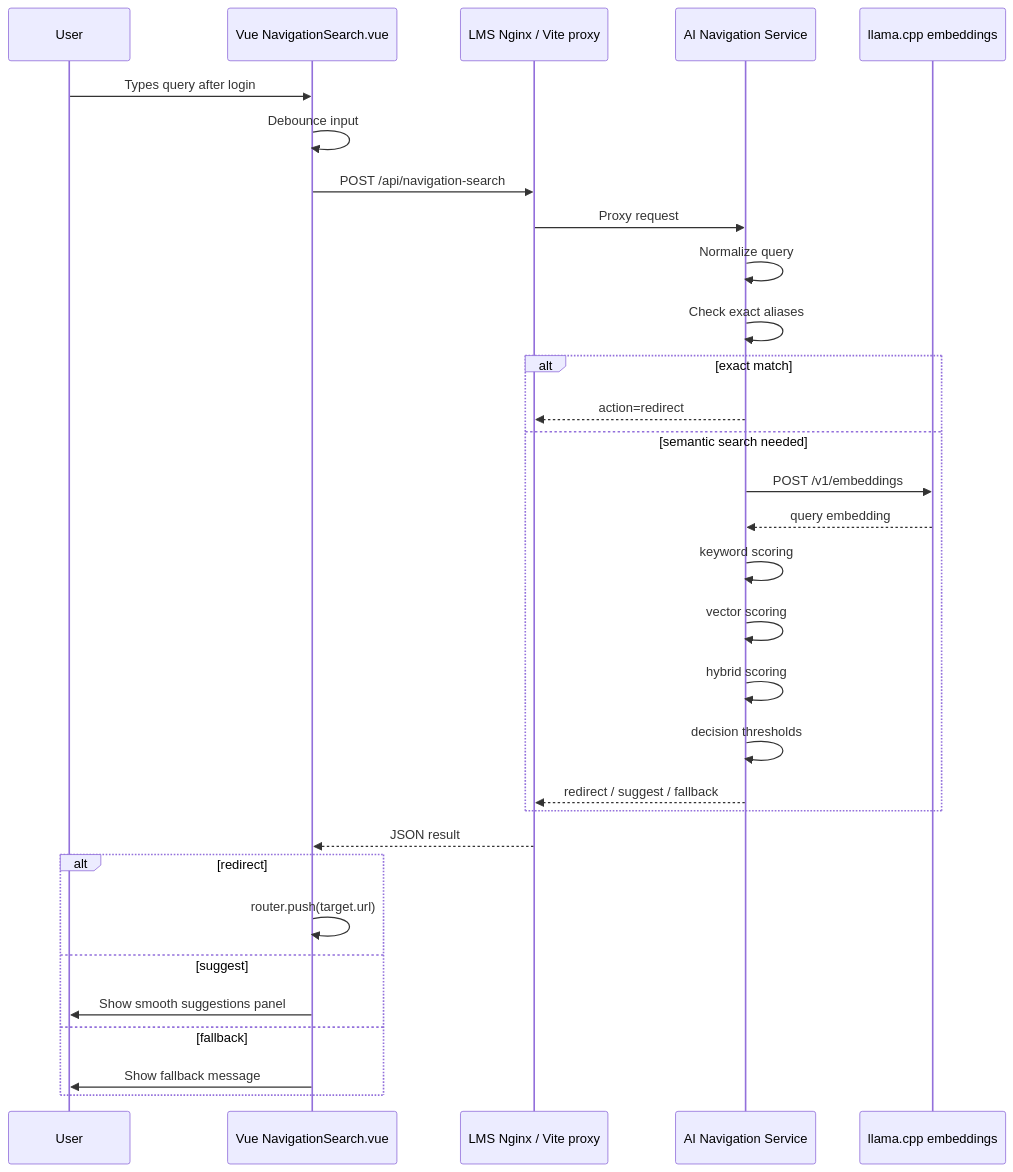
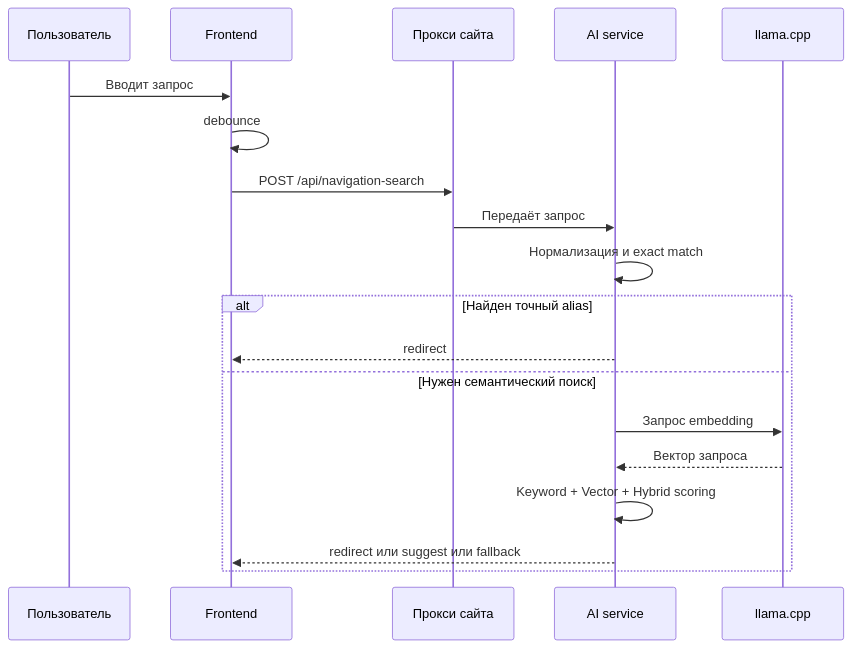
One commit to GockMock/MOSPOLI_LMS changed the fifth of 12 diagrams in docs/ai-navigation-architecture.md. Above: the diagram before and after it, drawn with Mermaid. The commit also changed other lines of this file, not shown here.

Commit message:
Simplify Mermaid architecture docs in Russian

````diff
--- a/docs/ai-navigation-architecture.md
+++ b/docs/ai-navigation-architecture.md
@@ -107,34 +65,22 @@
 ```mermaid
 sequenceDiagram
-    participant User
-    participant Vue as Vue NavigationSearch.vue
-    participant Nginx as LMS Nginx / Vite proxy
-    participant API as AI Navigation Service
-    participant Llama as llama.cpp embeddings
+    participant U as Пользователь
+    participant F as Frontend
+    participant P as Прокси сайта
+    participant A as AI service
+    participant L as llama.cpp
 
-    User->>Vue: Types query after login
-    Vue->>Vue: Debounce input
-    Vue->>Nginx: POST /api/navigation-search
-    Nginx->>API: Proxy request
-    API->>API: Normalize query
-    API->>API: Check exact aliases
-    alt exact match
-        API-->>Nginx: action=redirect
-    else semantic search needed
-        API->>Llama: POST /v1/embeddings
-        Llama-->>API: query embedding
-        API->>API: keyword scoring
-        API->>API: vector scoring
-        API->>API: hybrid scoring
-        API->>API: decision thresholds
-        API-->>Nginx: redirect / suggest / fallback
-    end
-    Nginx-->>Vue: JSON result
-    alt redirect
-        Vue->>Vue: router.push(target.url)
-    else suggest
-        Vue->>User: Show smooth suggestions panel
-    else fallback
-        Vue->>User: Show fallback message
+    U->>F: Вводит запрос
+    F->>F: debounce
+    F->>P: POST /api/navigation-search
+    P->>A: Передаёт запрос
+    A->>A: Нормализация и exact match
+    alt Найден точный alias
+        A-->>F: redirect
+    else Нужен семантический поиск
+        A->>L: Запрос embedding
+        L-->>A: Вектор запроса
+        A->>A: Keyword + Vector + Hybrid scoring
+        A-->>F: redirect или suggest или fallback
     end
 ```
````
